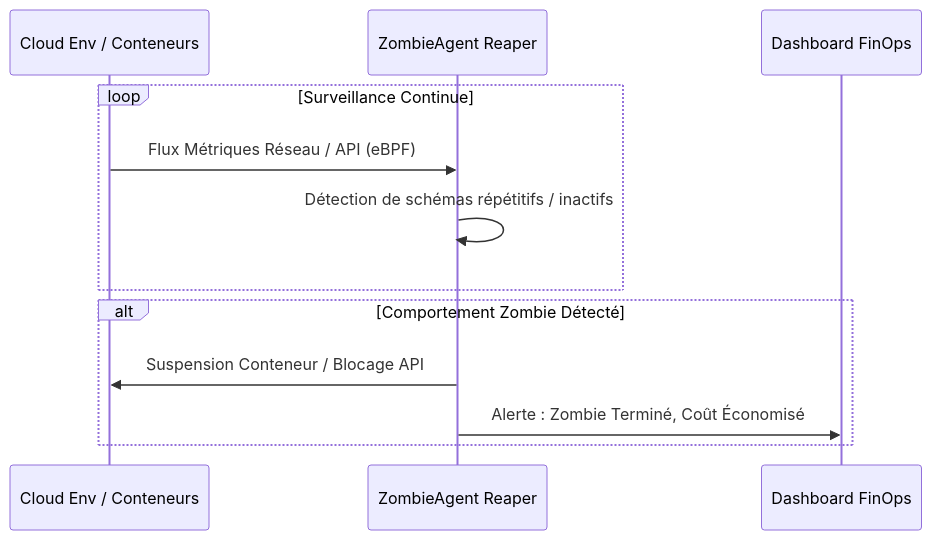
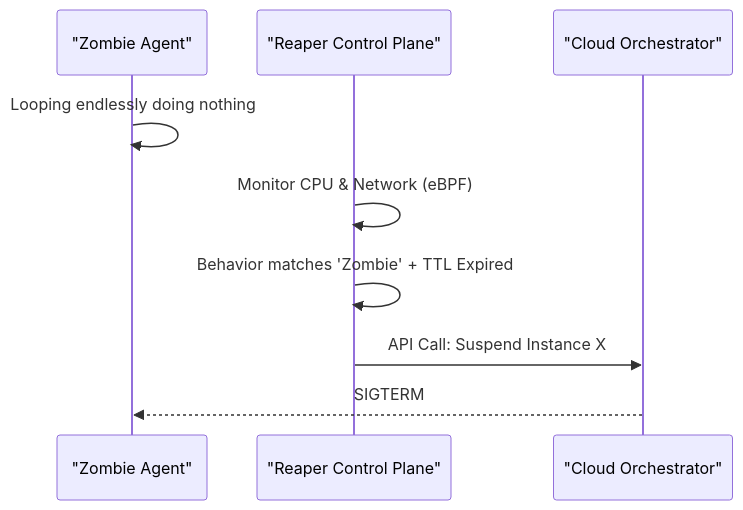
Before and after one commit to flouzzy/top-100-ai-startup-ideas: the second of 2 diagrams in ideas/zombie-agent-reaper/README.fr.md, drawn with Mermaid. The commit also changed other lines of this file and 41 other files, not shown here.

````diff
--- a/ideas/zombie-agent-reaper/README.fr.md
+++ b/ideas/zombie-agent-reaper/README.fr.md
@@ -38,14 +42,11 @@
 ```mermaid
 sequenceDiagram
-    participant CloudEnv as Cloud Env / Conteneurs
-    participant ControlPlane as ZombieAgent Reaper
-    participant FinOps as Dashboard FinOps
-    loop Surveillance Continue
-        CloudEnv->>ControlPlane: Flux Métriques Réseau / API (eBPF)
-        ControlPlane->>ControlPlane: Détection de schémas répétitifs / inactifs
-    end
-    alt Comportement Zombie Détecté
-        ControlPlane->>CloudEnv: Suspension Conteneur / Blocage API
-        ControlPlane->>FinOps: Alerte : Zombie Terminé, Coût Économisé
-    end
+    participant Agent as "Zombie Agent"
+    participant Plane as "Reaper Control Plane"
+    participant Cloud as "Cloud Orchestrator"
+    Agent->>Agent: Looping endlessly doing nothing
+    Plane->>Plane: Monitor CPU & Network (eBPF)
+    Plane->>Plane: Behavior matches 'Zombie' + TTL Expired
+    Plane->>Cloud: API Call: Suspend Instance X
+    Cloud-->>Agent: SIGTERM
 ```
````
